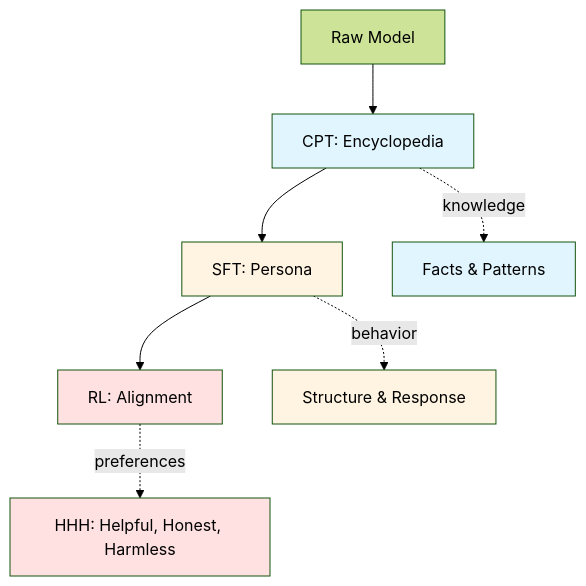
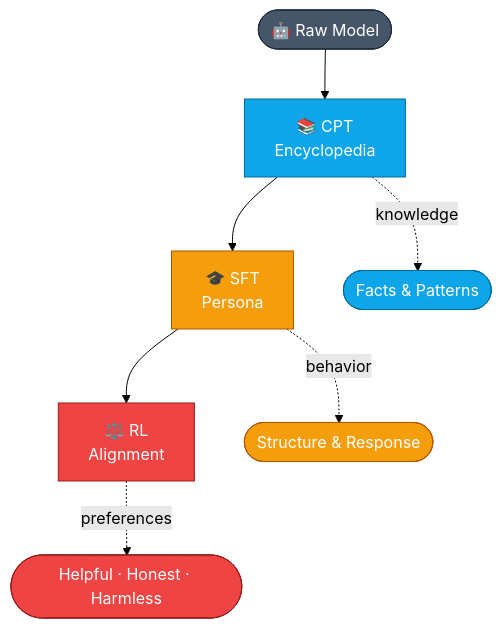
Before and after one commit to tripplen23/finetuning-sessions: the seventh of 7 diagrams in week2/CONTEXT.md, drawn with Mermaid (forest theme). The commit also changed other lines of this file and 1 other file, not shown here.

Commit message:
update mermaid

````diff
--- a/week2/CONTEXT.md
+++ b/week2/CONTEXT.md
@@ -662,17 +658,18 @@
 ```mermaid
 graph TD
-    A[Raw Model] --> B[CPT: Encyclopedia]
-    B --> C[SFT: Persona]
-    C --> D[RL: Alignment]
-    
-    B -.knowledge.-> E[Facts & Patterns]
-    C -.behavior.-> F[Structure & Response]
-    D -.preferences.-> G[HHH: Helpful, Honest, Harmless]
-    
-    style B fill:#e1f5ff
-    style C fill:#fff4e1
-    style D fill:#ffe1e1
-    style E fill:#e1f5ff
-    style F fill:#fff4e1
-    style G fill:#ffe1e1
+    A(["🤖 Raw Model"]):::raw
+    B["📚 CPT<br/>Encyclopedia"]:::cpt
+    C["🎓 SFT<br/>Persona"]:::sft
+    D["⚖️ RL<br/>Alignment"]:::rl
+
+    A --> B --> C --> D
+
+    B -. "knowledge" .-> E(["Facts & Patterns"]):::cpt
+    C -. "behavior" .-> F(["Structure & Response"]):::sft
+    D -. "preferences" .-> G(["Helpful · Honest · Harmless"]):::rl
+
+    classDef raw fill:#475569,stroke:#1E293B,color:#fff
+    classDef cpt fill:#0EA5E9,stroke:#0369A1,color:#fff
+    classDef sft fill:#F59E0B,stroke:#B45309,color:#fff
+    classDef rl  fill:#EF4444,stroke:#991B1B,color:#fff
 ```
````
